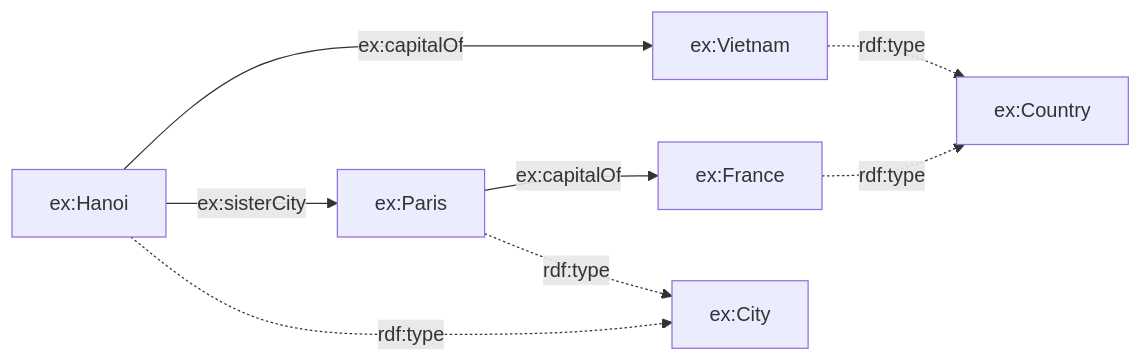
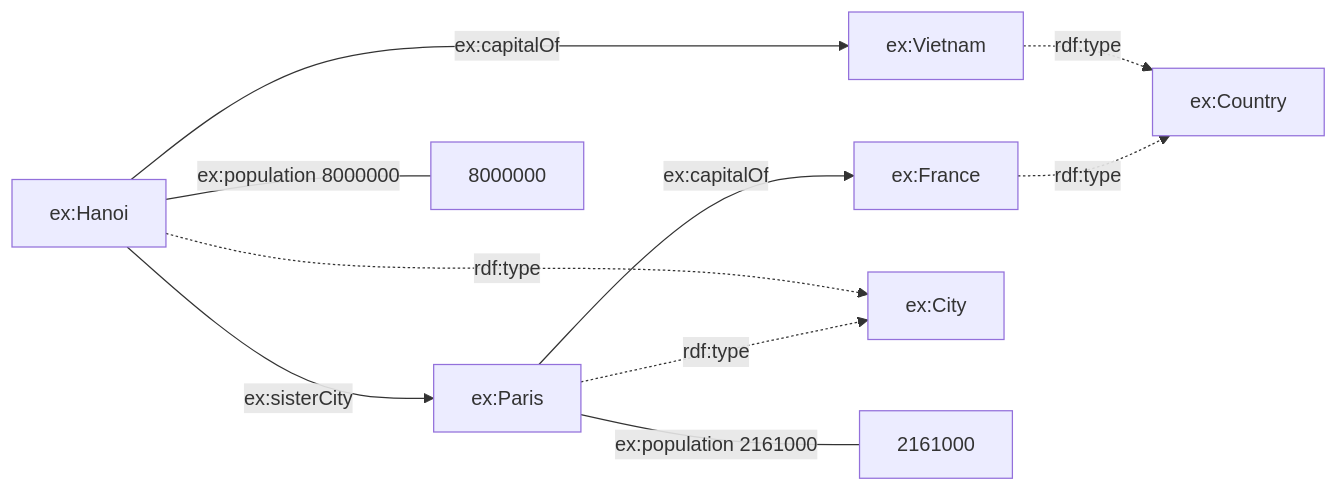
The first of 2 diagrams in book/chapter02.md (MinhTuan76800310/knowledge_graph_learning-journey), drawn with Mermaid before and after one commit. The commit also changed other lines of this file and 11 other files, not shown here.

````diff
--- a/book/chapter02.md
+++ b/book/chapter02.md
@@ -160,10 +165,12 @@
 ```mermaid
 graph LR
     Hanoi["ex:Hanoi"] -->|ex:capitalOf| Vietnam["ex:Vietnam"]
     Hanoi -->|ex:sisterCity| Paris["ex:Paris"]
     Paris -->|ex:capitalOf| France["ex:France"]
     Hanoi -.->|rdf:type| City["ex:City"]
     Paris -.->|rdf:type| City
     Vietnam -.->|rdf:type| Country["ex:Country"]
     France -.->|rdf:type| Country
+    Hanoi ---|"ex:population 8000000"| PopH["8000000"]
+    Paris ---|"ex:population 2161000"| PopP["2161000"]
 ```
````
